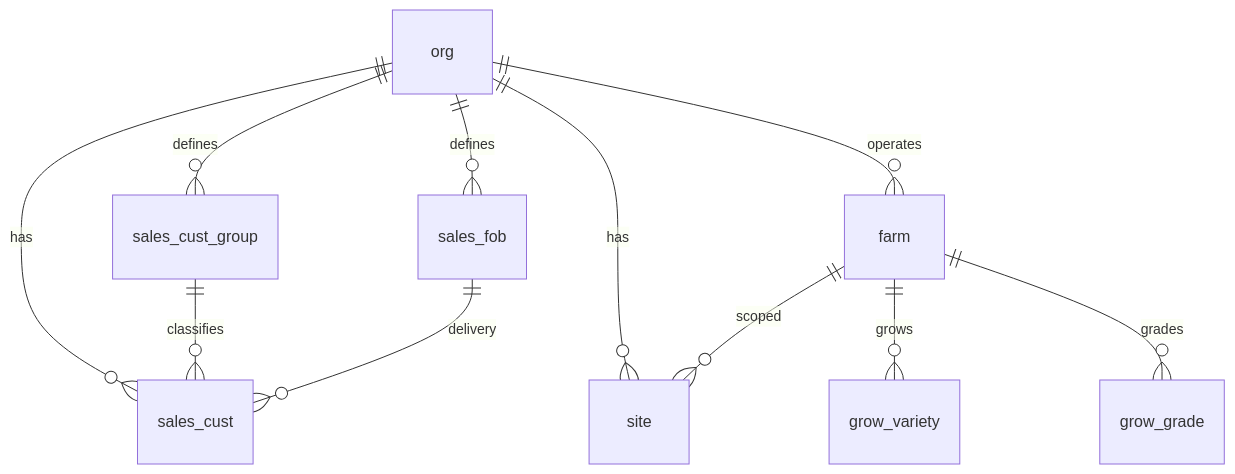
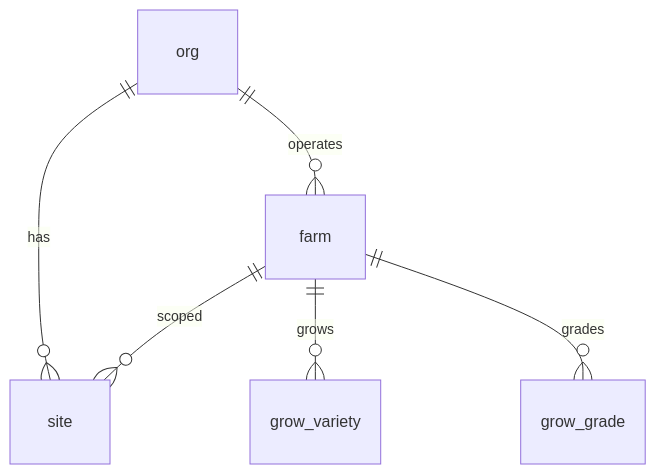
The diagram in docs/schemas/20260319_01_core.md (Hawaii-Farming/aloha-app), drawn with Mermaid before and after one commit. The commit also changed other lines of this file and 25 other files, not shown here.

First line of the commit message:
Move sales_fob, sales_customer_group, sales_customer from Core to Sales module, rename for clarity

````diff
--- a/docs/schemas/20260319_01_core.md
+++ b/docs/schemas/20260319_01_core.md
@@ -9,13 +9,8 @@
 ```mermaid
 erDiagram
-    org ||--o{ sales_cust_group : defines
-    org ||--o{ sales_fob : defines
-    org ||--o{ sales_cust : has
-    sales_cust_group ||--o{ sales_cust : classifies
-    sales_fob ||--o{ sales_cust : delivery
     org ||--o{ farm : operates
     org ||--o{ site : has
     farm ||--o{ site : scoped
     farm ||--o{ grow_variety : grows
     farm ||--o{ grow_grade : grades
 ```
````
